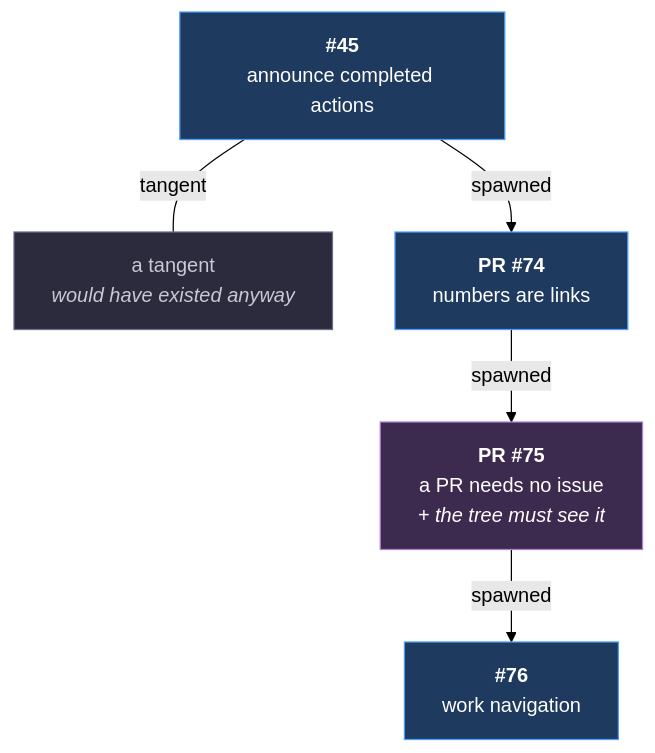
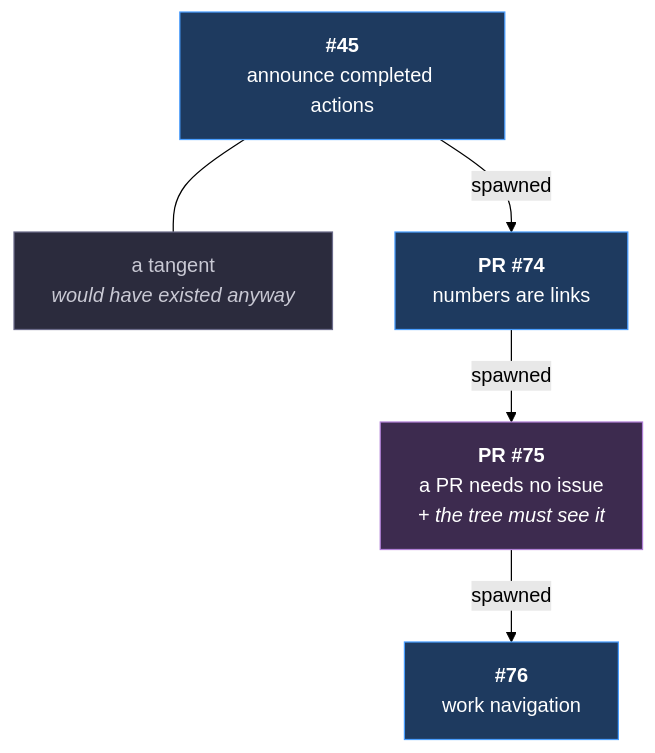
One commit to Calyx-Engineering/arc changed the second of 2 diagrams in docs/product-architecture/mechanisms/m21-arc-tree.md. Above: the diagram before and after it, drawn with Mermaid (forest theme). The commit also changed 5 other files, not shown here.

First line of the commit message:
fix: three review-pass defects in placement and the diagram

````diff
--- a/docs/product-architecture/mechanisms/m21-arc-tree.md
+++ b/docs/product-architecture/mechanisms/m21-arc-tree.md
@@ -134,14 +134,14 @@
 ```mermaid
 flowchart TB
     P["<b>#45</b><br/>announce completed actions"]
-    P ---|tangent| T["a tangent<br/><i>would have existed anyway</i>"]
+    P --- T["a tangent<br/><i>would have existed anyway</i>"]
     P -->|spawned| D1["<b>PR #74</b><br/>numbers are links"]
     D1 -->|spawned| D2["<b>PR #75</b><br/>a PR needs no issue<br/><i>+ the tree must see it</i>"]
     D2 -->|spawned| D3["<b>#76</b><br/>work navigation"]
     classDef n fill:#1e3a5f,stroke:#4a9eff,color:#fff
     classDef t fill:#2b2b3d,stroke:#6b6b8a,color:#c9c9d4
     classDef g fill:#3d2b4f,stroke:#b07fd6,color:#fff
     class P,D1,D3 n
     class T t
     class D2 g
 ```
````
